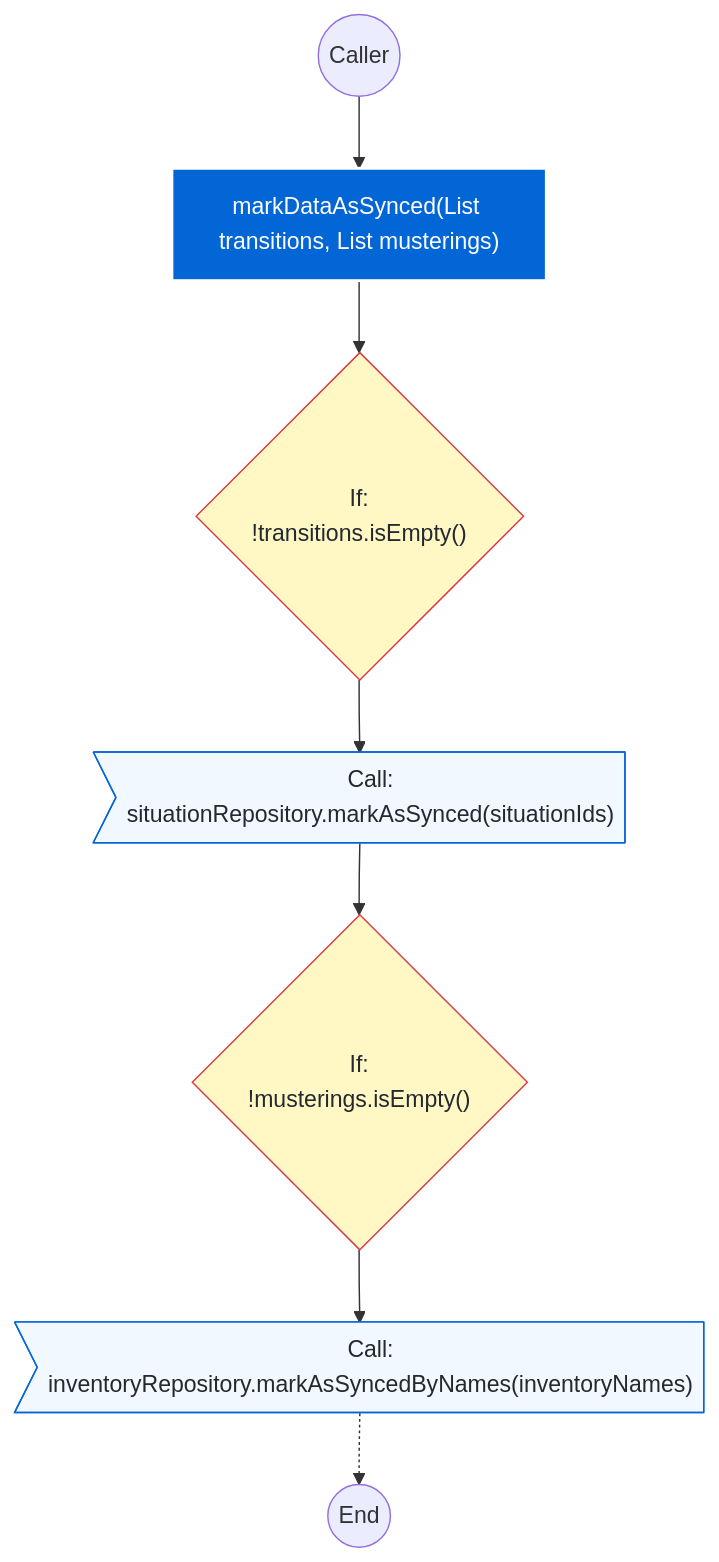
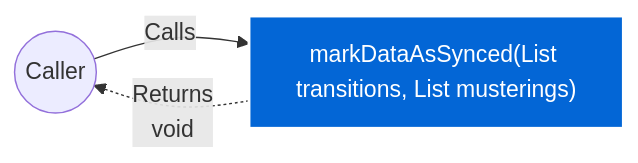
One commit to FelipeMCassiano/geanky changed diagram 15 of 15 in docs/CloudSyncUploadService.md. Above: the diagram before and after it, drawn with Mermaid. The commit also changed other lines of this file and 6 other files, not shown here.

````diff
--- a/docs/CloudSyncUploadService.md
+++ b/docs/CloudSyncUploadService.md
@@ -996,15 +1155,9 @@
 ```mermaid
-flowchart TD
+flowchart LR
     classDef methodNode fill:#0366d6,stroke:#fff,stroke-width:2px,color:#fff;
-    classDef callNode fill:#f1f8ff,stroke:#0366d6,color:#24292f;
-    classDef ifNode fill:#fff8c5,stroke:#d73a49,color:#24292f;
-    classDef retNode fill:#28a745,stroke:#fff,color:#fff;
+    Caller(("Caller"))
+    Method["markDataAsSynced(List<ItemStatusTransitionProjection> transitions, List<MusteringSyncDTO> musterings)"]:::methodNode
 
-    START(("Caller")) --> M_ENTRY["markDataAsSynced(List<ItemStatusTransitionProjection> transitions, List<MusteringSyncDTO> musterings)"]:::methodNode
-    M_ENTRY --> N1{"If:<br>!transitions.isEmpty()"}:::ifNode
-    N1 --> N2>"Call:<br>situationRepository.markAsSynced(situationIds)"]:::callNode
-    N2 --> N3{"If:<br>!musterings.isEmpty()"}:::ifNode
-    N3 --> N4>"Call:<br>inventoryRepository.markAsSyncedByNames(inventoryNames)"]:::callNode
-    N4 -.-> END(("End"))
-
+    Caller -- "Calls" --> Method
+    Method -. "Returns<br>void" .-> Caller
 ```
````
